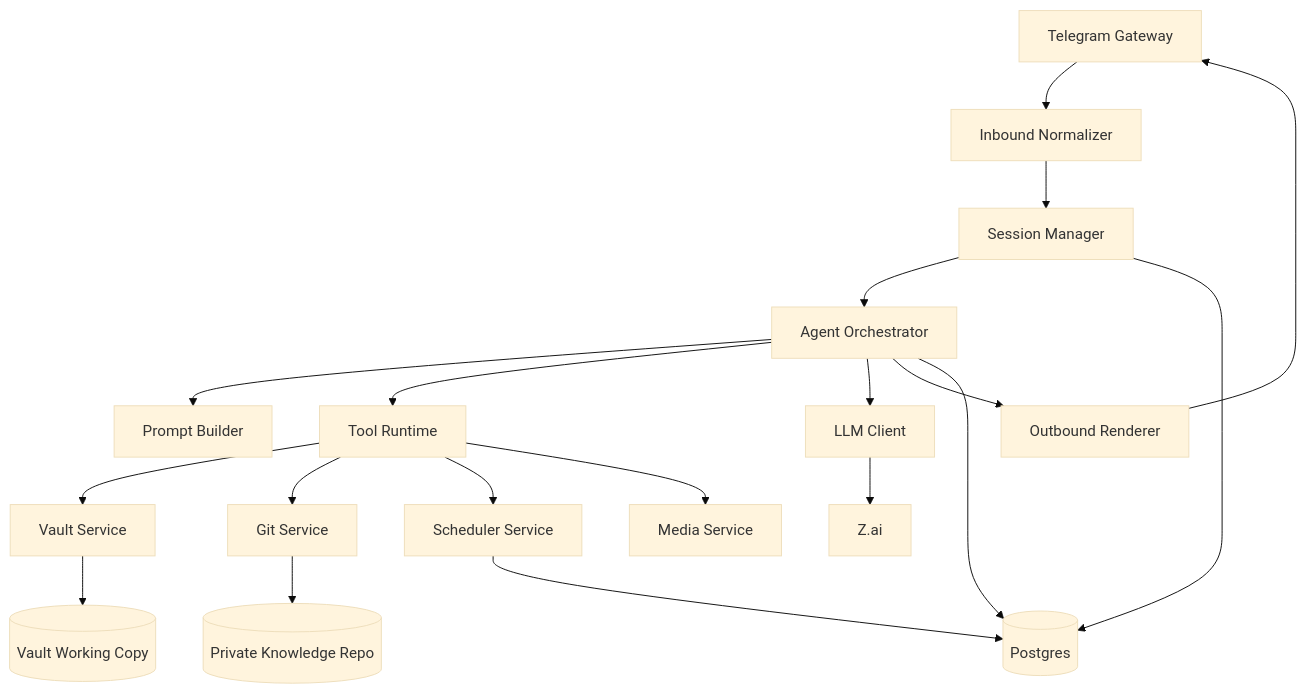
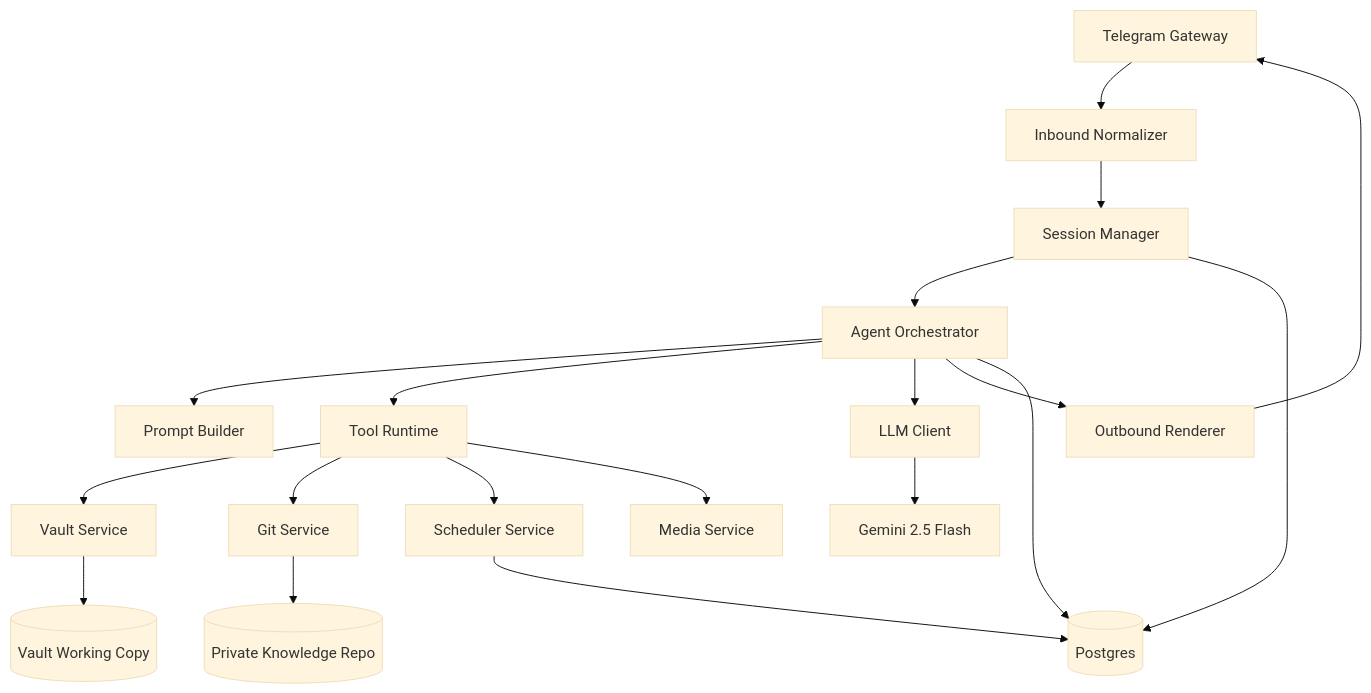
The diagram in ARCHITECTURE.md (Ilyuha888/claude-telegram-bot), drawn with Mermaid (base theme) before and after one commit. The commit also changed other lines of this file and 9 other files, not shown here.

````diff
--- a/ARCHITECTURE.md
+++ b/ARCHITECTURE.md
@@ -40,22 +40,22 @@
 ```mermaid
 flowchart TD
     TG[Telegram Gateway] --> NORM[Inbound Normalizer]
     NORM --> SESS[Session Manager]
     SESS --> ORCH[Agent Orchestrator]
     ORCH --> PROMPT[Prompt Builder]
     ORCH --> TOOLRT[Tool Runtime]
     ORCH --> LLM[LLM Client]
     TOOLRT --> VAULT[Vault Service]
     TOOLRT --> GIT[Git Service]
     TOOLRT --> JOBS[Scheduler Service]
     TOOLRT --> MEDIA[Media Service]
-    LLM --> ZAI[Z.ai]
+    LLM --> GEMINI[Gemini 2.5 Flash]
     ORCH --> OUT[Outbound Renderer]
     OUT --> TG
 
     SESS --> DB[(Postgres)]
     ORCH --> DB
     JOBS --> DB
     VAULT --> FS[(Vault Working Copy)]
     GIT --> REMOTE[(Private Knowledge Repo)]
 ```
````
